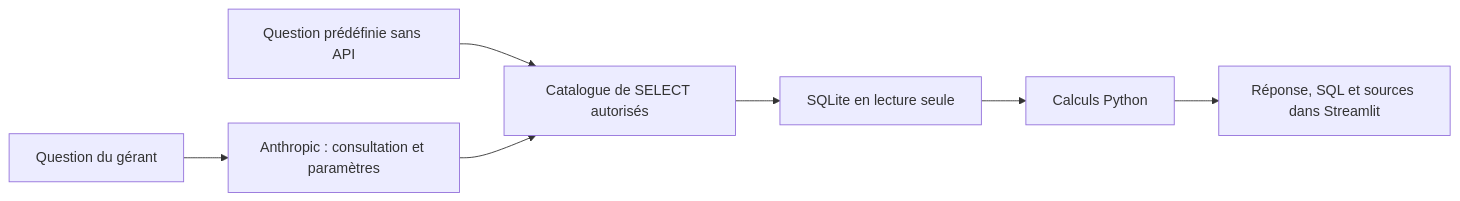
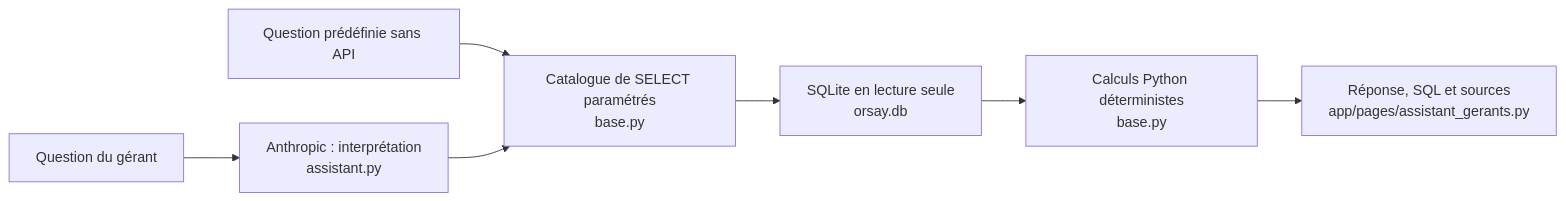
One commit to ISMMO0/saify-test changed the second of 2 diagrams in README.md. Above: the diagram before and after it, drawn with Mermaid. The commit also changed other lines of this file and 2 other files, not shown here.

Commit message:
docs: finaliser les architectures et la configuration sans secret

````diff
--- a/README.md
+++ b/README.md
@@ -69,9 +70,9 @@
 ```mermaid
 flowchart LR
-    A[Question du gérant] --> B[Anthropic : consultation et paramètres]
-    C[Question prédéfinie sans API] --> D[Catalogue de SELECT autorisés]
+    A["Question du gérant"] --> B["Anthropic : interprétation<br/>assistant.py"]
+    C["Question prédéfinie sans API"] --> D["Catalogue de SELECT paramétrés<br/>base.py"]
     B --> D
-    D --> E[SQLite en lecture seule]
-    E --> F[Calculs Python]
-    F --> G[Réponse, SQL et sources dans Streamlit]
+    D --> E["SQLite en lecture seule<br/>orsay.db"]
+    E --> F["Calculs Python déterministes<br/>base.py"]
+    F --> G["Réponse, SQL et sources<br/>app/pages/assistant_gerants.py"]
 ```
````
